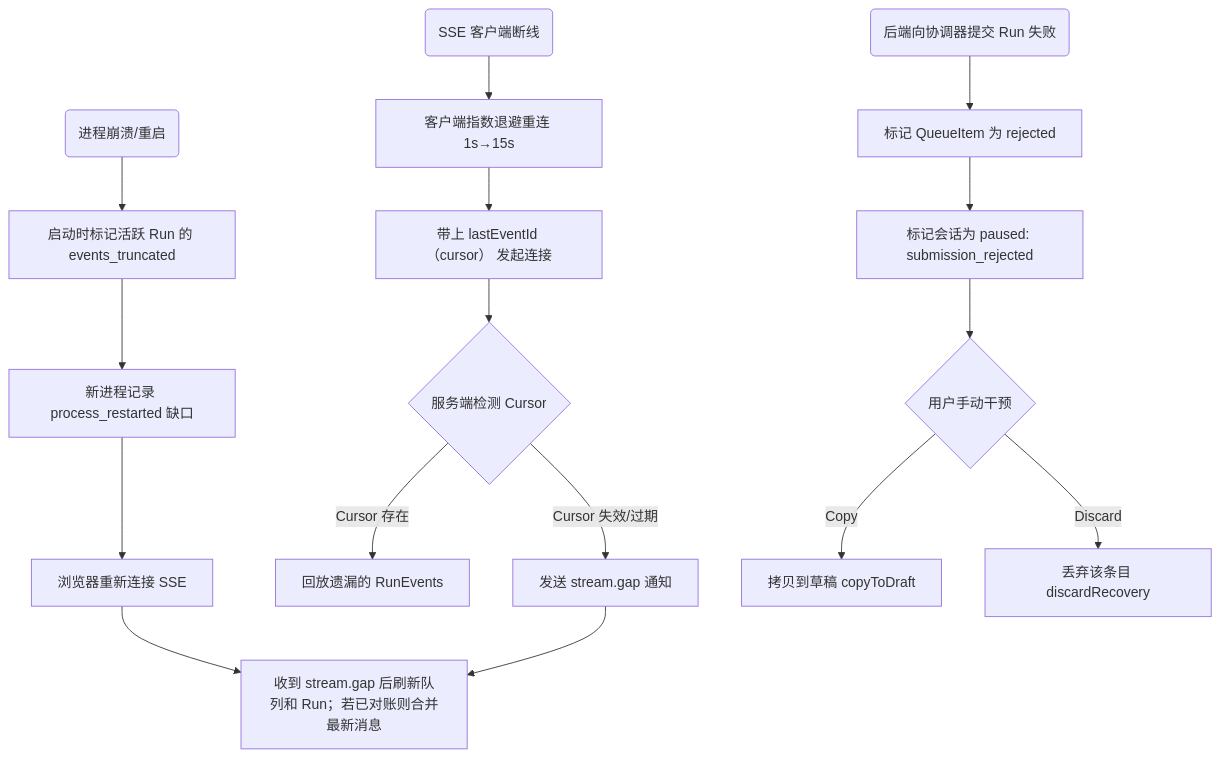
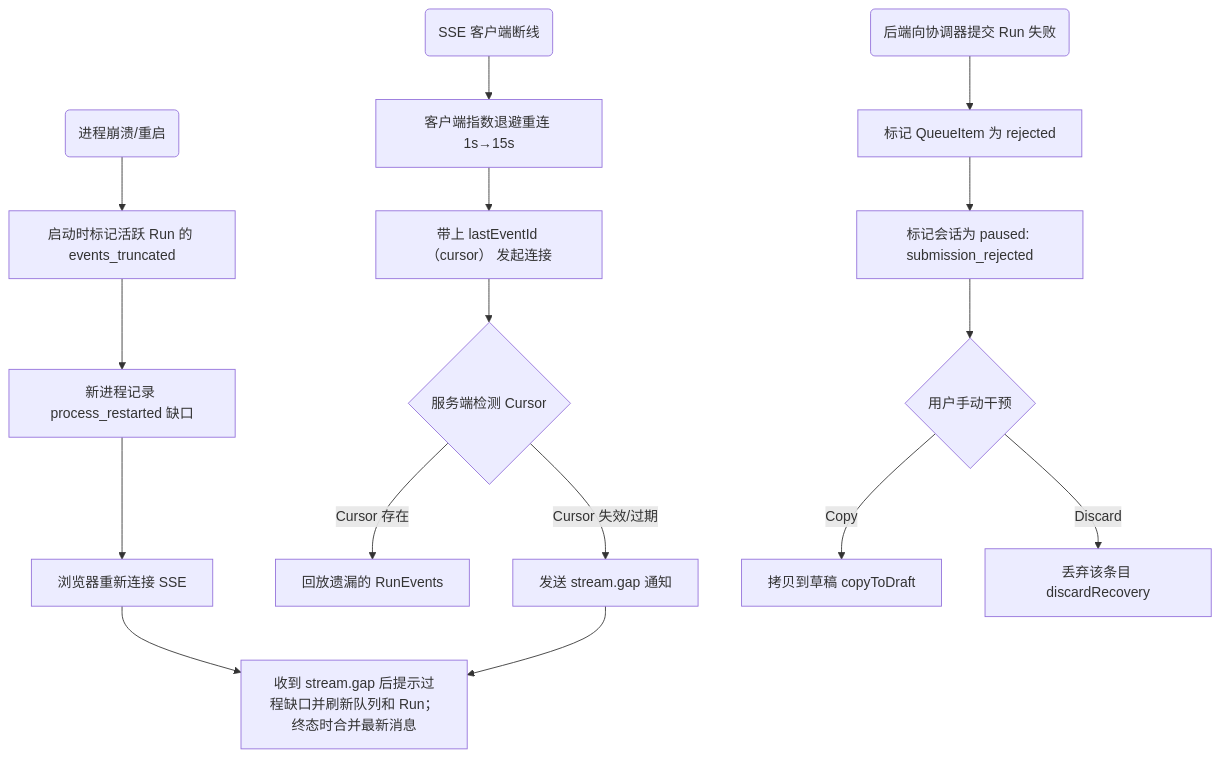
The sixth of 7 diagrams in docs/07-data-flow.md (ermu03/emu-chat), drawn with Mermaid before and after one commit. The commit also changed other lines of this file and 19 other files, not shown here.

Commit message:
feat(client): stream tool progress and stabilize run handoff.

````diff
--- a/docs/07-data-flow.md
+++ b/docs/07-data-flow.md
@@ -174,20 +180,20 @@
 ```mermaid
 flowchart TD
     Crash(进程崩溃/重启) --> MarkTruncate[启动时标记活跃 Run 的 events_truncated]
     MarkTruncate --> NewHub[新进程记录 process_restarted 缺口]
     NewHub --> Reconnect[浏览器重新连接 SSE]
-    Reconnect --> ClientREST[收到 stream.gap 后刷新队列和 Run；若已对账则合并最新消息]
+    Reconnect --> ClientREST[收到 stream.gap 后提示过程缺口并刷新队列和 Run；终态时合并最新消息]
 
     NetDrop(SSE 客户端断线) --> ExpBackoff[客户端指数退避重连 1s→15s]
     ExpBackoff --> SendCursor[带上 lastEventId （cursor） 发起连接]
     SendCursor --> ServerReplay{服务端检测 Cursor}
     ServerReplay -- Cursor 存在 --> Replay[回放遗漏的 RunEvents]
     ServerReplay -- Cursor 失效/过期 --> ReplyGap[发送 stream.gap 通知]
     ReplyGap --> ClientREST
 
     SubmitFail(后端向协调器提交 Run 失败) --> Rejected[标记 QueueItem 为 rejected]
     Rejected --> Paused[标记会话为 paused: submission_rejected]
     Paused --> UserAction{用户手动干预}
     UserAction -- Copy --> CopyDraft[拷贝到草稿 copyToDraft]
     UserAction -- Discard --> DiscardItem[丢弃该条目 discardRecovery]
 ```
````
